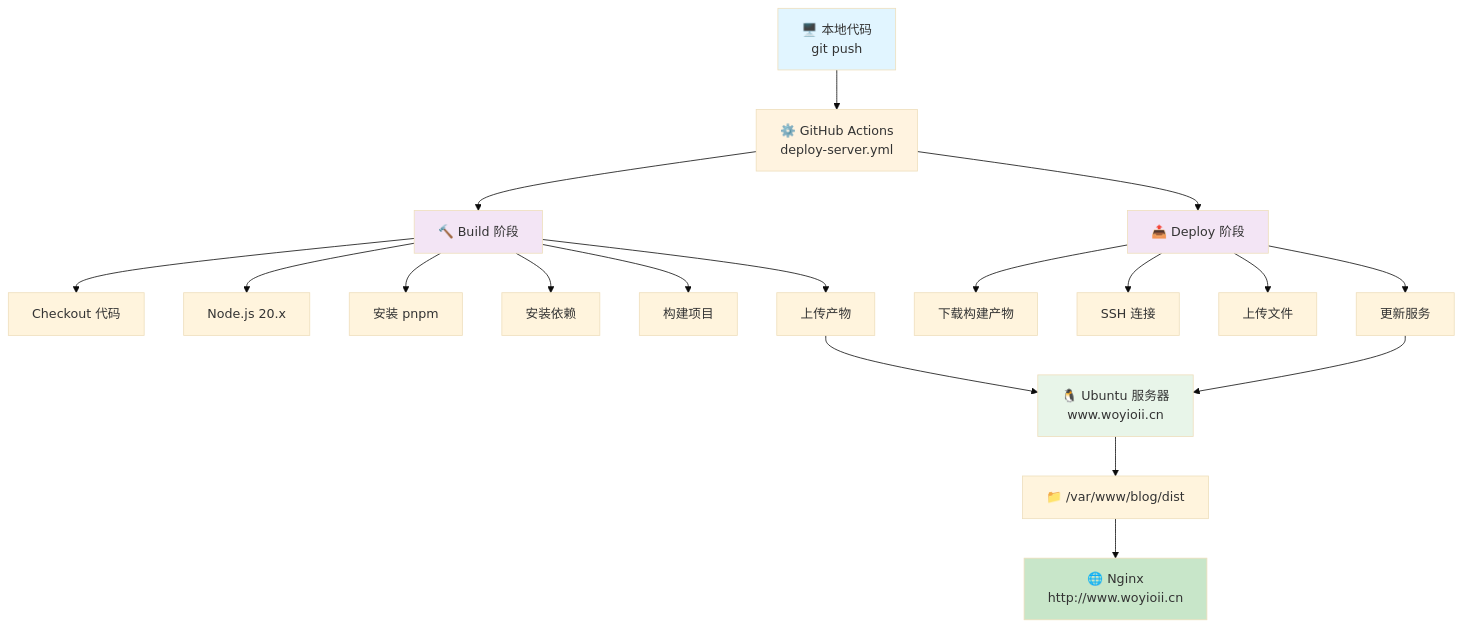
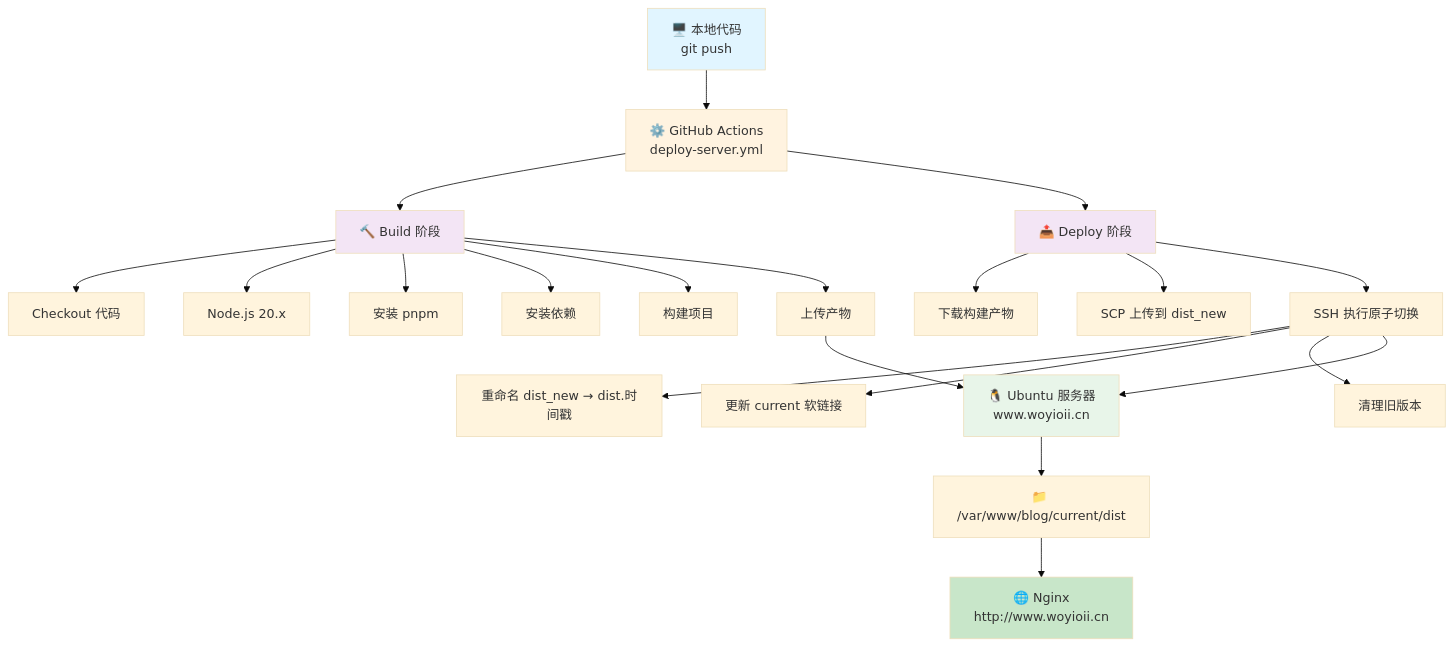
One commit to Owl23007/simple-my-blog changed the diagram in docs/building/服务器部署配置.md. Above: the diagram before and after it, drawn with Mermaid (base theme). The commit also changed other lines of this file and 4 other files, not shown here.

Commit message:
refactor(ci): 移除部署脚本中的状态图标和权限修复步骤，精简导航栏"生活"菜单

````diff
--- a/docs/building/服务器部署配置.md
+++ b/docs/building/服务器部署配置.md
@@ -189,32 +205,34 @@
 ```mermaid
 graph TD
     A["🖥️ 本地代码<br/>git push"] --> B["⚙️ GitHub Actions<br/>deploy-server.yml"]
 
     B --> C["🔨 Build 阶段"]
     B --> D["📤 Deploy 阶段"]
 
     C --> C1["Checkout 代码"]
     C --> C2["Node.js 20.x"]
     C --> C3["安装 pnpm"]
     C --> C4["安装依赖"]
     C --> C5["构建项目"]
     C --> C6["上传产物"]
 
     D --> D1["下载构建产物"]
-    D --> D2["SSH 连接"]
-    D --> D3["上传文件"]
-    D --> D4["更新服务"]
+    D --> D2["SCP 上传到 dist_new"]
+    D --> D3["SSH 执行原子切换"]
+    D3 --> D3a["重命名 dist_new → dist.时间戳"]
+    D3 --> D3b["更新 current 软链接"]
+    D3 --> D3c["清理旧版本"]
 
     C6 --> E["🐧 Ubuntu 服务器<br/>www.woyioii.cn"]
-    D4 --> E
+    D3 --> E
 
-    E --> F["📁 /var/www/blog/dist"]
+    E --> F["📁 /var/www/blog/current/dist"]
     F --> G["🌐 Nginx<br/>http://www.woyioii.cn"]
 
     style A fill:#e1f5ff
     style B fill:#fff3e0
     style C fill:#f3e5f5
     style D fill:#f3e5f5
     style E fill:#e8f5e9
     style G fill:#c8e6c9
 ```
````
